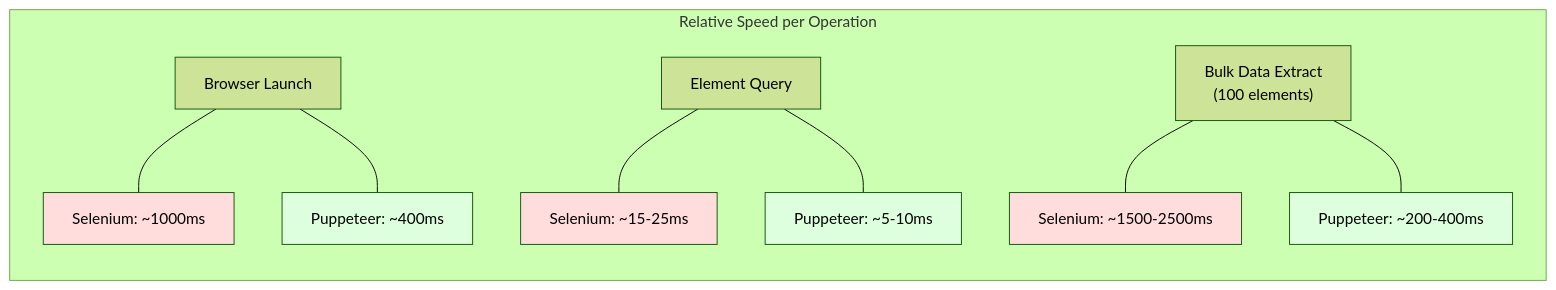
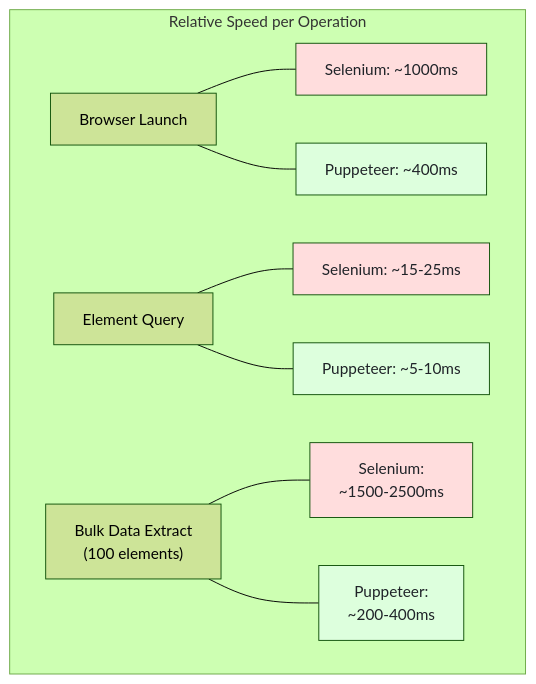
Before and after one commit to bytetunnels/bytetunnels.github.com: the second of 4 diagrams in _posts/2026-03-05-selenium-vs-puppeteer-definitive-comparison-web-scraping.md, drawn with Mermaid (forest theme). The commit also changed other lines of this file and 118 other files, not shown here.

Commit message:
feat: improve diagram styling and compact wide flowcharts

````diff
--- a/_posts/2026-03-05-selenium-vs-puppeteer-definitive-comparison-web-scraping.md
+++ b/_posts/2026-03-05-selenium-vs-puppeteer-definitive-comparison-web-scraping.md
@@ -69,19 +69,19 @@
 ```mermaid
 graph TD
     subgraph SPEED["Relative Speed per Operation"]
-        direction TB
+        direction LR
         S1["Browser Launch"] --- S2["Selenium: ~1000ms"]
         S1 --- S3["Puppeteer: ~400ms"]
         S4["Element Query"] --- S5["Selenium: ~15-25ms"]
         S4 --- S6["Puppeteer: ~5-10ms"]
-        S7["Bulk Data Extract<br>(100 elements)"] --- S8["Selenium: ~1500-2500ms"]
-        S7 --- S9["Puppeteer: ~200-400ms"]
+        S7["Bulk Data Extract<br/>(100 elements)"] --- S8["Selenium:<br/>~1500-2500ms"]
+        S7 --- S9["Puppeteer:<br/>~200-400ms"]
     end
 
-    style S3 fill:#ddffdd
-    style S6 fill:#ddffdd
-    style S9 fill:#ddffdd
-    style S2 fill:#ffdddd
-    style S5 fill:#ffdddd
-    style S8 fill:#ffdddd
+    style S3 fill:#ddffdd,color:#1f2328
+    style S6 fill:#ddffdd,color:#1f2328
+    style S9 fill:#ddffdd,color:#1f2328
+    style S2 fill:#ffdddd,color:#1f2328
+    style S5 fill:#ffdddd,color:#1f2328
+    style S8 fill:#ffdddd,color:#1f2328
 ```
````
